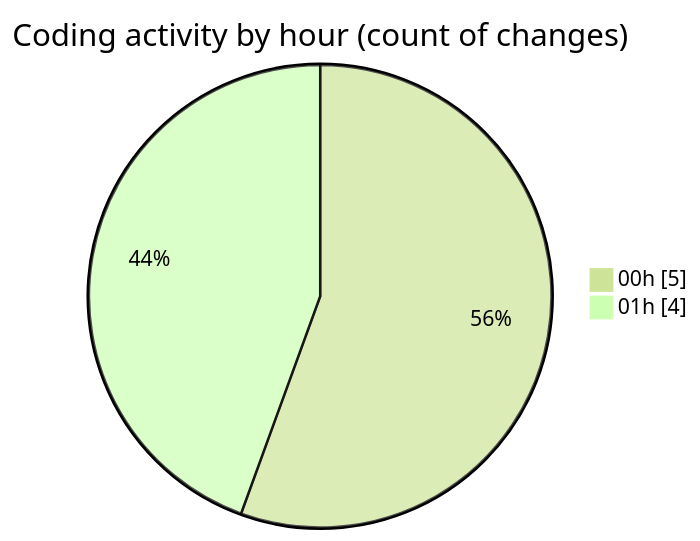
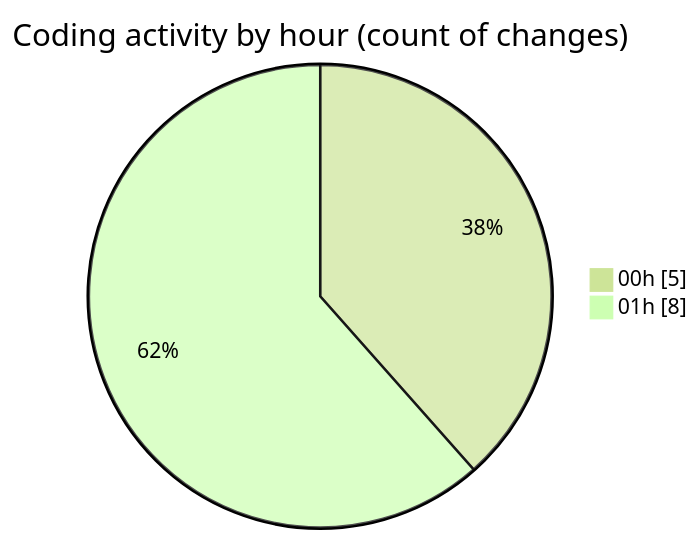
The second of 2 diagrams in 2025-11-06/usr_aleoudev_fr__workspace_/README.md (julien-gomy/code-tracking), drawn with Mermaid (forest theme) before and after one commit. The commit also changed other lines of this file and 1 other file, not shown here.

````diff
--- a/2025-11-06/usr_aleoudev_fr__workspace_/README.md
+++ b/2025-11-06/usr_aleoudev_fr__workspace_/README.md
@@ -31,6 +31,6 @@
 ```mermaid
 pie showData
 title Coding activity by hour (count of changes)
 "00h" : 5
-"01h" : 4
+"01h" : 8
 ```
````
